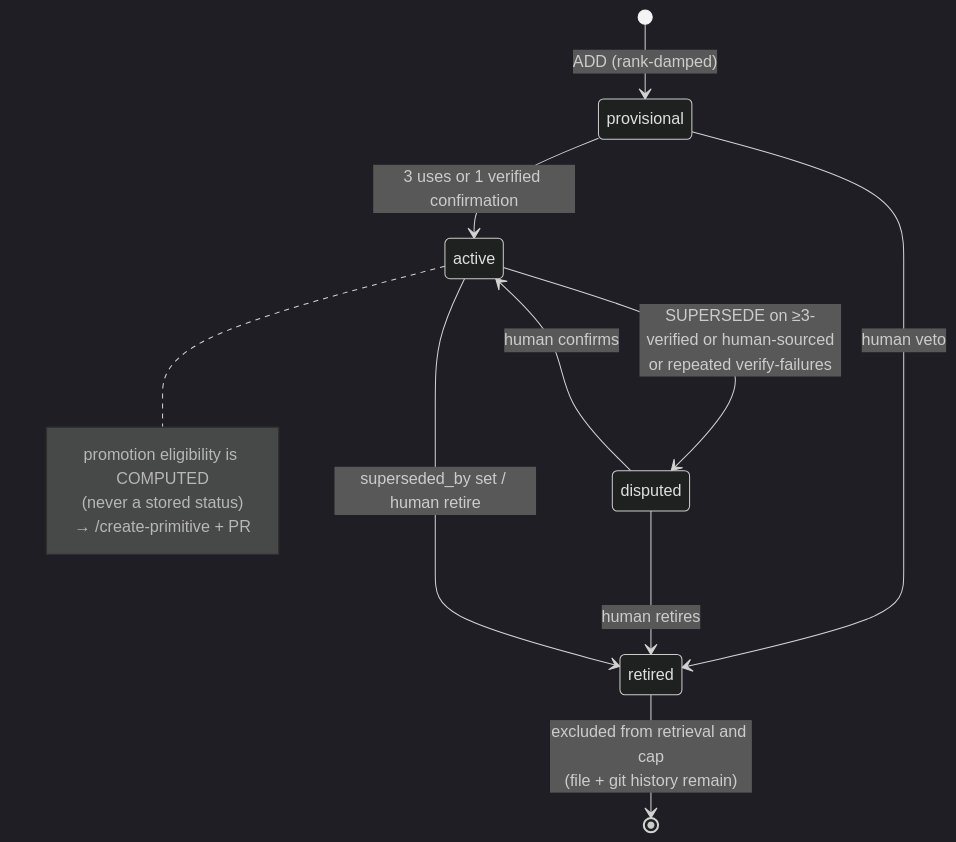
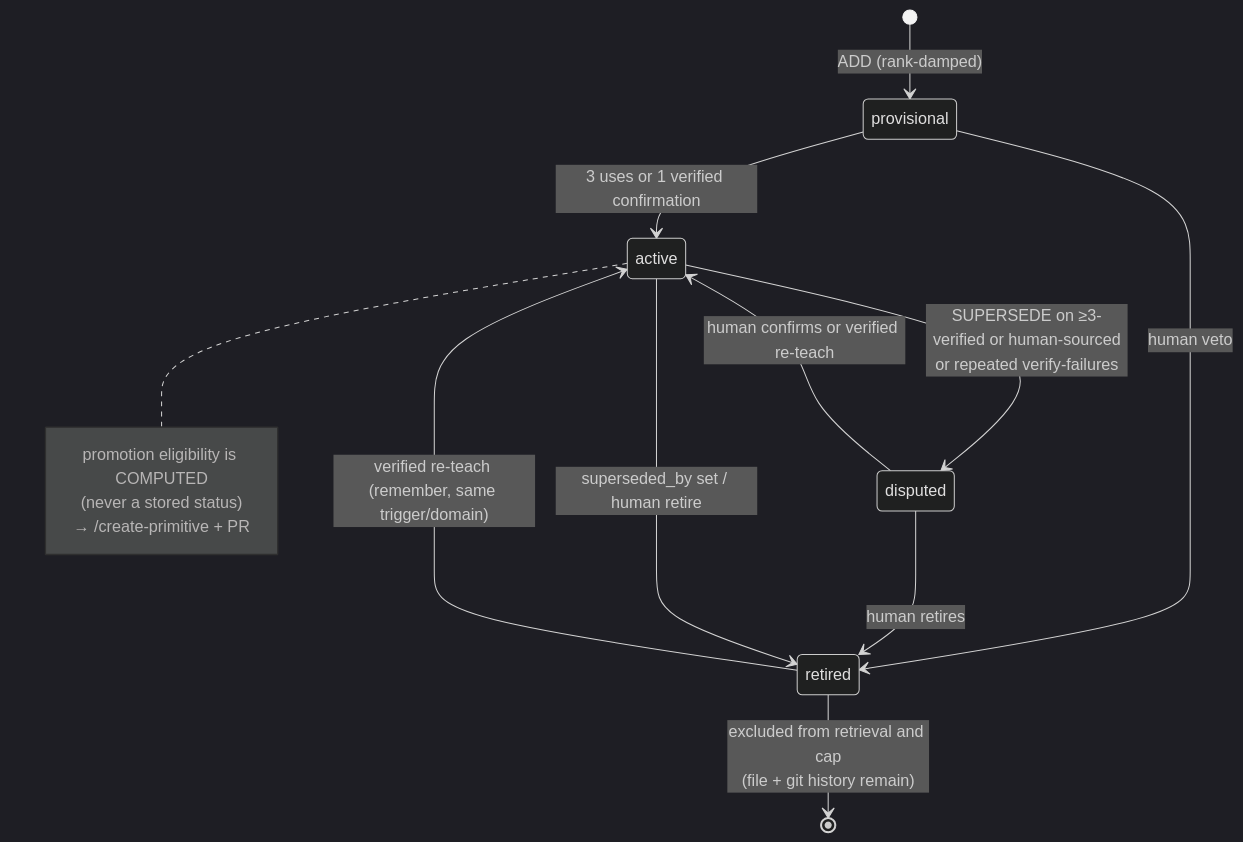
Before and after one commit to noodlemind/prompt-library: the diagram in docs/MEMORY-MODEL.md, drawn with Mermaid (dark theme). The commit also changed other lines of this file and 4 other files, not shown here.

````diff
--- a/docs/MEMORY-MODEL.md
+++ b/docs/MEMORY-MODEL.md
@@ -34,17 +58,18 @@
 ```mermaid
 stateDiagram-v2
     [*] --> provisional : ADD (rank-damped)
     provisional --> active : 3 uses or 1 verified confirmation
     provisional --> retired : human veto
     active --> disputed : SUPERSEDE on ≥3-verified or human-sourced<br/>or repeated verify-failures
-    disputed --> active : human confirms
+    disputed --> active : human confirms or verified re-teach
     disputed --> retired : human retires
     active --> retired : superseded_by set / human retire
+    retired --> active : verified re-teach (remember, same trigger/domain)
     retired --> [*] : excluded from retrieval and cap<br/>(file + git history remain)
 
     note right of active
         promotion eligibility is COMPUTED
         (never a stored status)
         → /create-primitive + PR
     end note
 ```
````
